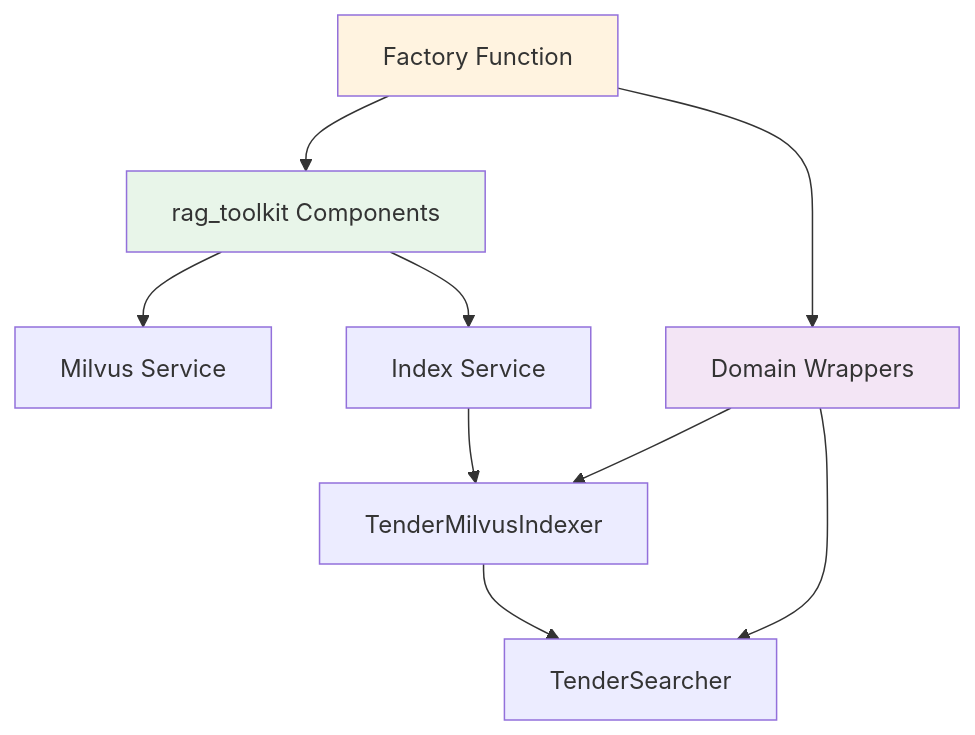
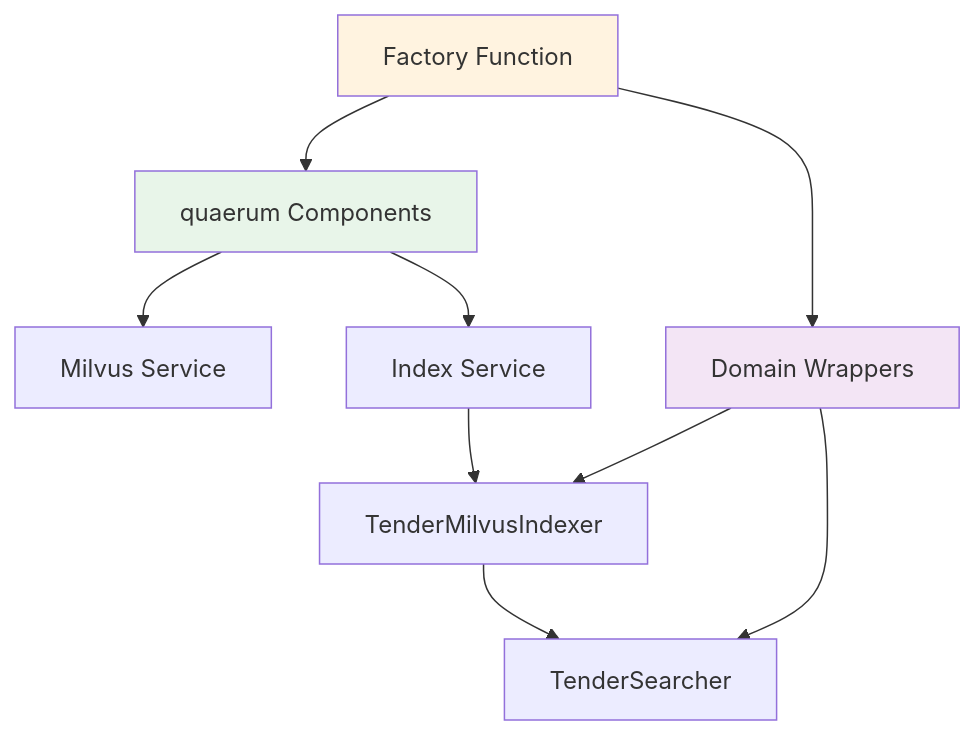
Before and after one commit to gmottola00/Tender-RAG-Lab: the diagram in docs/api/infra/factory.md, drawn with Mermaid. The commit also changed other lines of this file and 18 other files, not shown here.

````diff
--- a/docs/api/infra/factory.md
+++ b/docs/api/infra/factory.md
@@ -77,17 +77,17 @@
 ```mermaid
 graph TD
-    A[Factory Function] --> B[rag_toolkit Components]
+    A[Factory Function] --> B[quaerum Components]
     B --> C[Milvus Service]
     B --> D[Index Service]
     
     A --> E[Domain Wrappers]
     E --> F[TenderMilvusIndexer]
     E --> G[TenderSearcher]
     
     D --> F
     F --> G
     
     style A fill:#fff3e0
     style B fill:#e8f5e9
     style E fill:#f3e5f5
 ```
````
